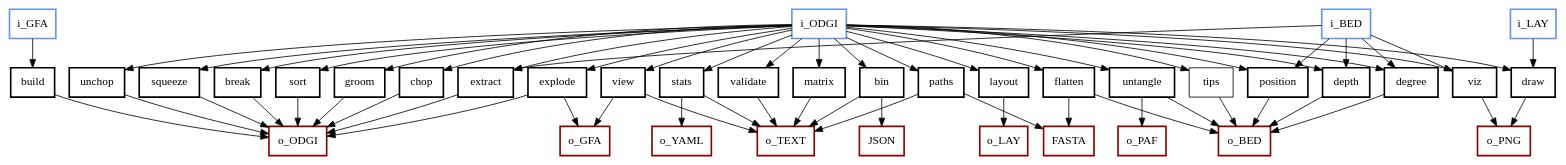
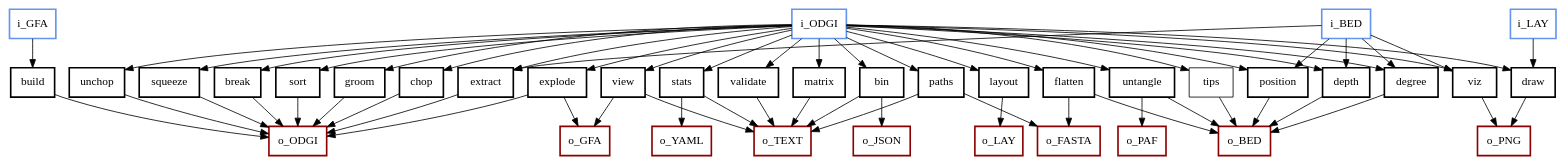
One commit to pangenome/odgi-paper changed the diagram in manuscript/fig/odgi_tools.dot. Above: the diagram before and after it, drawn with Graphviz.

Commit message:
The dot should be done

```diff
--- a/manuscript/fig/odgi_tools.dot
+++ b/manuscript/fig/odgi_tools.dot
@@ -1,120 +1,120 @@
 digraph sample {
 	node [
 		shape=box
 		color=black
 	]
 /*
 	build [color = red]
 	view [color = red]
 
 	validate [color = green]
 
 	stats [color = blue]
 	bin [color = blue]
 	depth [color = blue]
 	degree [color = blue]
   	matrix [color = blue]
     paths [color = blue]
     flatten [color = blue]
 
     break [color = brown]
 	groom [color = brown]
 	chop [color = brown]
 	unchop [color = brown]
 	explode [color = brown]
 	squeeze [color = brown]
 	extract [color = brown]
 
 	position [color = red]
     untangle [color = red]
 
 	viz [color = cyan]
 	sort [color = cyan]
 	layout [color = cyan]
 	draw [color = cyan]
 */
 
 	build [penwidth = 2]
 	view [penwidth = 2]
 
 	validate [penwidth = 2]
 
 	stats [penwidth = 2]
 	bin [penwidth = 2]
 	depth [penwidth = 2]
 	degree [penwidth = 2]
   	matrix [penwidth = 2]
     paths [penwidth = 2]
     flatten [penwidth = 2]
 
     break [penwidth = 2]
 	groom [penwidth = 2]
 	chop [penwidth = 2]
 	unchop [penwidth = 2]
 	explode [penwidth = 2]
 	squeeze [penwidth = 2]
 	extract [penwidth = 2]
 
 	position [penwidth = 2]
     untangle [penwidth = 2]
 
 	viz [penwidth = 2]
 	sort [penwidth = 2]
 	layout [penwidth = 2]
 	draw [penwidth = 2]
 
 	i_GFA [color = cornflowerblue, penwidth = 2]
 	i_ODGI [color = cornflowerblue, penwidth = 2]
 	i_BED [color = cornflowerblue, penwidth = 2]
 	i_LAY [color = cornflowerblue, penwidth = 2]
 	o_GFA [color = darkred, penwidth = 2]
 	o_ODGI [color = darkred, penwidth = 2]
 	o_TEXT [color = darkred, penwidth = 2]
 	o_YAML [color = darkred, penwidth = 2]
-	FASTA [color = darkred, penwidth = 2]
-	JSON [color = darkred, penwidth = 2]
+	o_FASTA [color = darkred, penwidth = 2]
+	o_JSON [color = darkred, penwidth = 2]
 	o_BED [color = darkred, penwidth = 2]
 	o_PAF [color = darkred, penwidth = 2]
 	o_LAY [color = darkred, penwidth = 2]
 	o_PNG [color = darkred, penwidth = 2]
 
 	i_GFA -> build
 	//i_GFA -> {view, validate, stats, bin, depth, degree, flatten, break, groom, chop, unchop, explode, squeeze, extract, position, viz, sort, layout, draw, untangle, matrix, paths, tips}
 	i_ODGI -> {view, validate, stats, bin, depth, degree, flatten, break, groom, chop, unchop, explode, squeeze, extract, position, viz, sort, layout, draw, untangle, matrix, paths, tips}
 	i_BED -> {depth, degree, extract, position, viz}
     i_LAY -> {draw}
     //XP -> {server}
 
 	build -> o_ODGI
 	view ->  o_GFA
 	view ->  o_TEXT
 	validate -> o_TEXT
 	stats -> o_TEXT
 	stats -> o_YAML
     matrix -> o_TEXT
-    paths -> FASTA
+    paths -> o_FASTA
     paths -> o_TEXT
-	bin -> JSON
+	bin -> o_JSON
 	bin -> o_TEXT
 	depth -> o_BED
 	degree -> o_BED
     flatten -> o_BED
-    flatten -> FASTA
+    flatten -> o_FASTA
 	break -> o_ODGI
 	groom -> o_ODGI
 	chop -> o_ODGI
 	unchop -> o_ODGI
 	explode -> o_ODGI
 	explode -> o_GFA
 	squeeze -> o_ODGI
 	extract -> o_ODGI
 	position -> o_BED
 	viz -> o_PNG
 	sort -> o_ODGI
 	layout -> o_LAY
 	draw -> o_PNG
     untangle -> o_BED
     untangle -> o_PAF
     tips -> o_BED
     //server -> o_TEXT
 }
```
